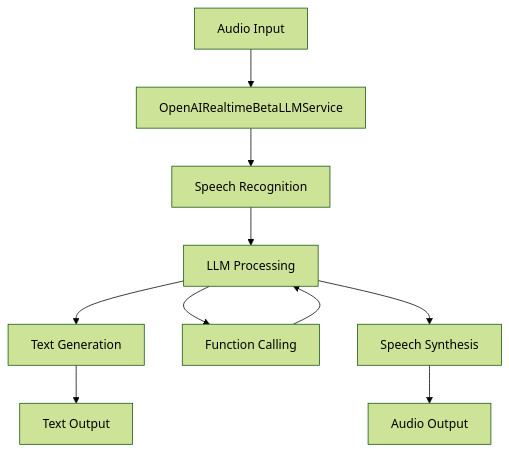
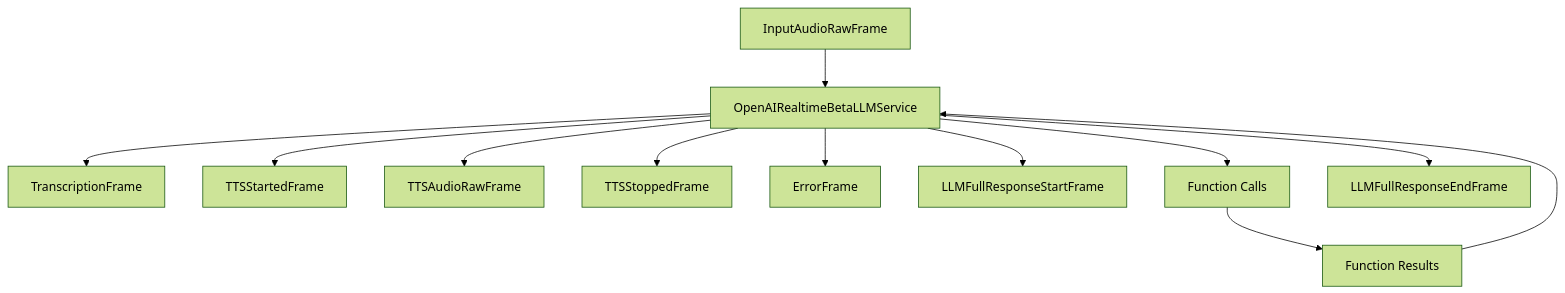
One commit to pipecat-ai/docs changed the diagram in api-reference/services/s2s/openai.mdx. Above: the diagram before and after it, drawn with Mermaid (forest theme). The commit also changed 25 other files, not shown here.

Commit message:
Clean up Frame Flow diagrams

````diff
--- a/api-reference/services/s2s/openai.mdx
+++ b/api-reference/services/s2s/openai.mdx
@@ -190,12 +190,15 @@
 ```mermaid
 graph TD
-    A[Audio Input] --> B[OpenAIRealtimeBetaLLMService]
-    B --> C[Speech Recognition]
-    C --> D[LLM Processing]
-    D --> E[Text Generation]
-    D --> F[Function Calling]
-    D --> G[Speech Synthesis]
-    F --> D
-    E --> H[Text Output]
-    G --> I[Audio Output]
+    A[InputAudioRawFrame] --> B[OpenAIRealtimeBetaLLMService]
+    B --> C[TranscriptionFrame]
+    B --> H[TTSStartedFrame]
+    B --> I[TTSAudioRawFrame]
+    B --> J[TTSStoppedFrame]
+    B --> K[ErrorFrame]
+    B --> D[LLMFullResponseStartFrame]
+    B --> E[Function Calls]
+    B --> F[LLMFullResponseEndFrame]
+    E --> G[Function Results]
+    G --> B
+
 ```
````
